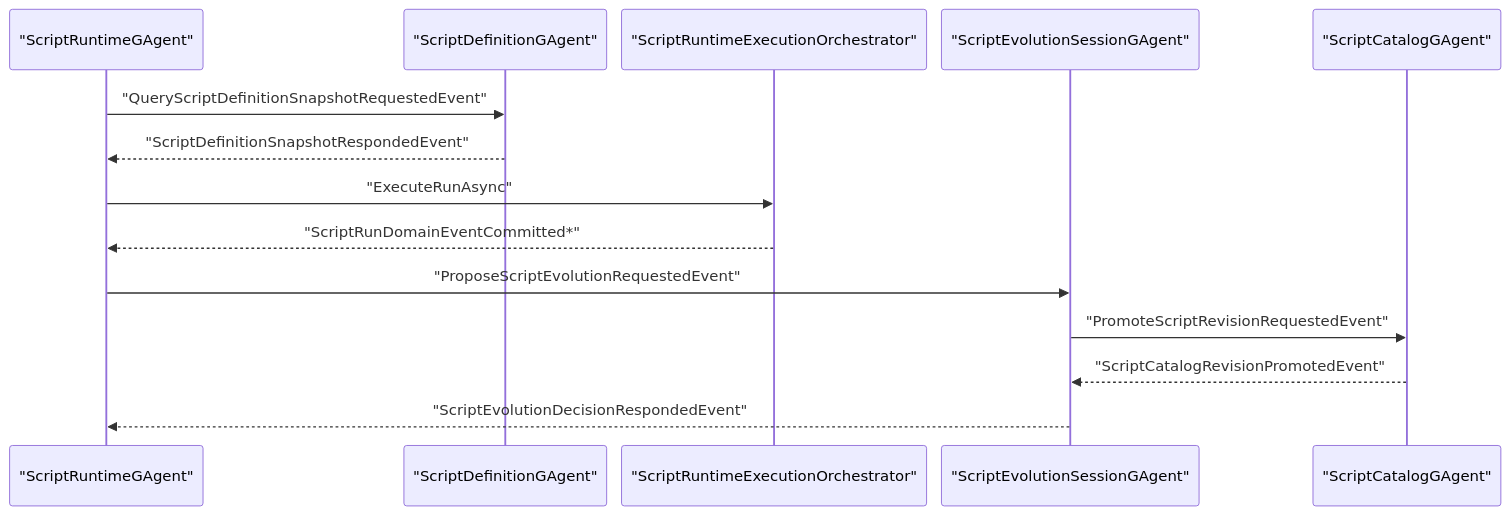
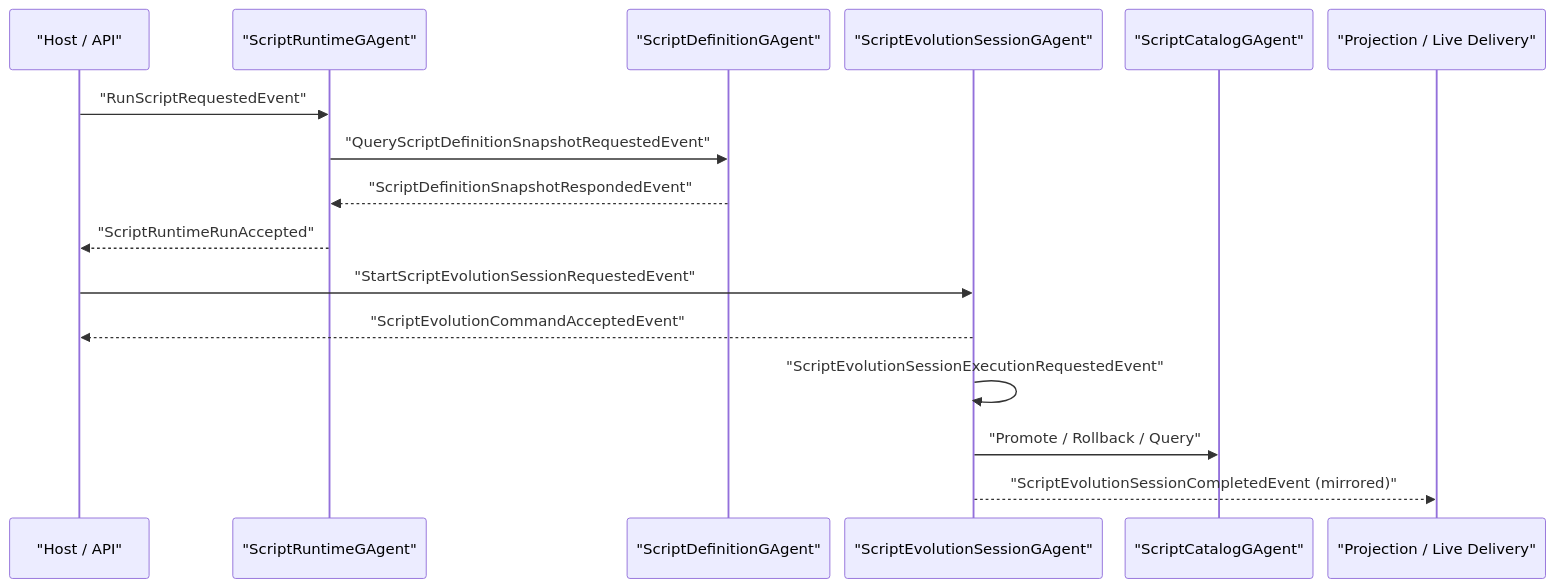
The second of 2 diagrams in docs/SCRIPTING_ARCHITECTURE.md (aevatarAI/aevatar), drawn with Mermaid before and after one commit. The commit also changed other lines of this file and 68 other files, not shown here.

First line of the commit message:
Refactor scripting architecture and enhance runtime capabilities

````diff
--- a/docs/SCRIPTING_ARCHITECTURE.md
+++ b/docs/SCRIPTING_ARCHITECTURE.md
@@ -161,19 +237,21 @@
 ```mermaid
 %%{init: {"maxTextSize": 100000, "flowchart": {"useMaxWidth": false, "nodeSpacing": 10, "rankSpacing": 50}, "sequence": {"useMaxWidth": false, "actorMargin": 16, "messageMargin": 12, "diagramMarginX": 20, "diagramMarginY": 10}, "themeVariables": {"fontSize": "10px"}}}%%
 sequenceDiagram
+    participant API as "Host / API"
     participant RT as "ScriptRuntimeGAgent"
     participant DEF as "ScriptDefinitionGAgent"
-    participant ORC as "ScriptRuntimeExecutionOrchestrator"
     participant EVO as "ScriptEvolutionSessionGAgent"
     participant CAT as "ScriptCatalogGAgent"
+    participant PROJ as "Projection / Live Delivery"
 
+    API->>RT: "RunScriptRequestedEvent"
     RT->>DEF: "QueryScriptDefinitionSnapshotRequestedEvent"
     DEF-->>RT: "ScriptDefinitionSnapshotRespondedEvent"
-    RT->>ORC: "ExecuteRunAsync"
-    ORC-->>RT: "ScriptRunDomainEventCommitted*"
+    RT-->>API: "ScriptRuntimeRunAccepted"
 
-    RT->>EVO: "ProposeScriptEvolutionRequestedEvent"
-    EVO->>CAT: "PromoteScriptRevisionRequestedEvent"
-    CAT-->>EVO: "ScriptCatalogRevisionPromotedEvent"
-    EVO-->>RT: "ScriptEvolutionDecisionRespondedEvent"
+    API->>EVO: "StartScriptEvolutionSessionRequestedEvent"
+    EVO-->>API: "ScriptEvolutionCommandAcceptedEvent"
+    EVO->>EVO: "ScriptEvolutionSessionExecutionRequestedEvent"
+    EVO->>CAT: "Promote / Rollback / Query"
+    EVO-->>PROJ: "ScriptEvolutionSessionCompletedEvent (mirrored)"
 ```
````
